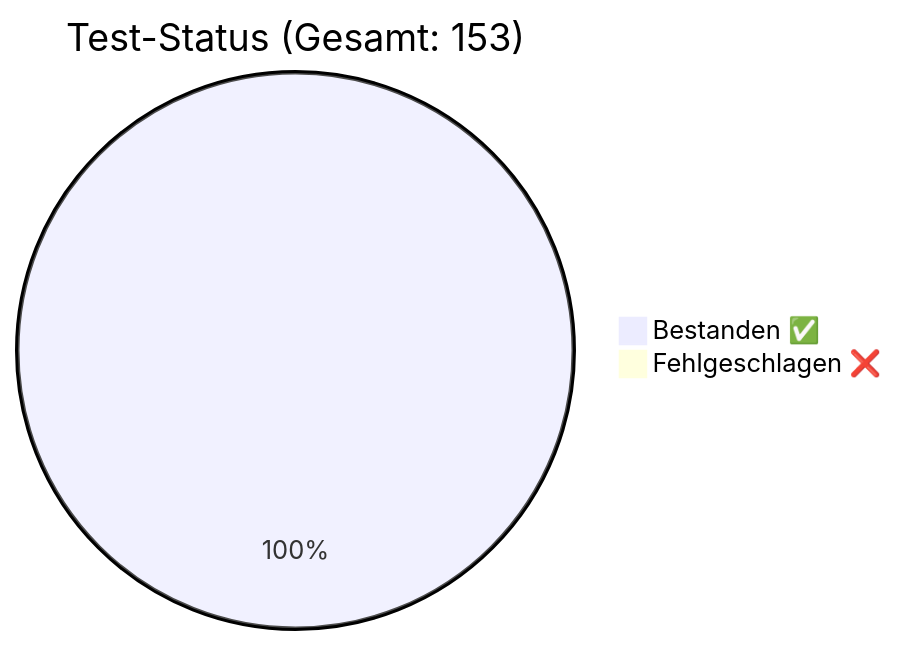
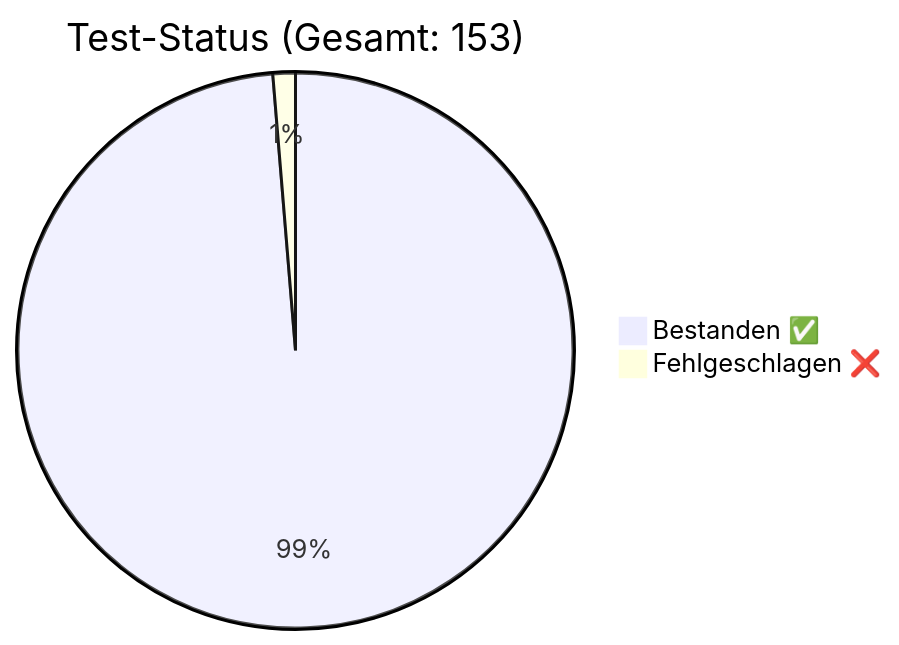
Before and after one commit to rorila/GCS: the diagram in docs/QA_Report.md, drawn with Mermaid. The commit also changed other lines of this file and 7 other files, not shown here.

````diff
--- a/docs/QA_Report.md
+++ b/docs/QA_Report.md
@@ -7,5 +7,5 @@
 ```mermaid
 pie title Test-Status (Gesamt: 153)
-    "Bestanden ✅" : 153
-    "Fehlgeschlagen ❌" : 0
+    "Bestanden ✅" : 151
+    "Fehlgeschlagen ❌" : 2
 ```
````
